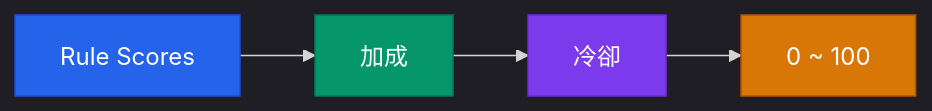
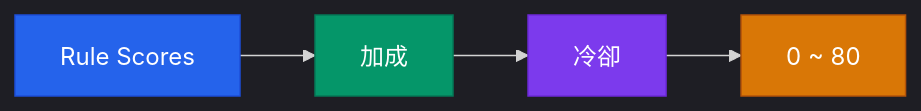
The third of 3 diagrams in docs/RULE_ENGINE.md (Neal75418/afterclose), drawn with Mermaid before and after one commit. The commit also changed other lines of this file and 4 other files, not shown here.

````diff
--- a/docs/RULE_ENGINE.md
+++ b/docs/RULE_ENGINE.md
@@ -182,12 +184,12 @@
 ```mermaid
 %%{init: {'theme': 'dark'}}%%
 flowchart LR
     Rules["Rule Scores"] --> Bonus["加成"]
     Bonus --> Cooldown["冷卻"]
-    Cooldown --> Cap["0 ~ 100"]
+    Cooldown --> Cap["0 ~ 80"]
 
     style Rules fill:#2563EB,color:#fff,stroke:#1D4ED8
     style Bonus fill:#059669,color:#fff,stroke:#047857
     style Cooldown fill:#7C3AED,color:#fff,stroke:#6D28D9
     style Cap fill:#D97706,color:#fff,stroke:#B45309
 ```
````
